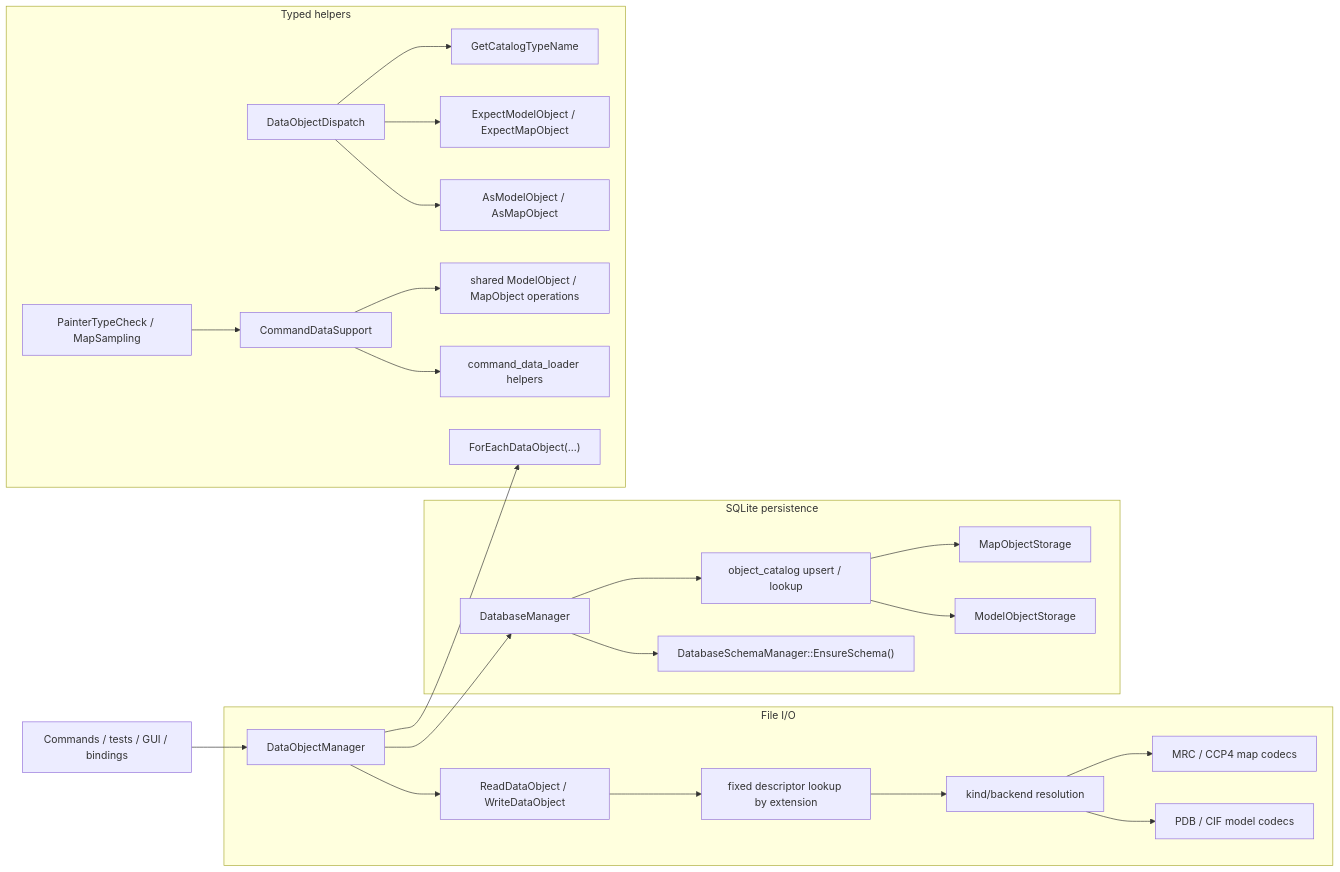
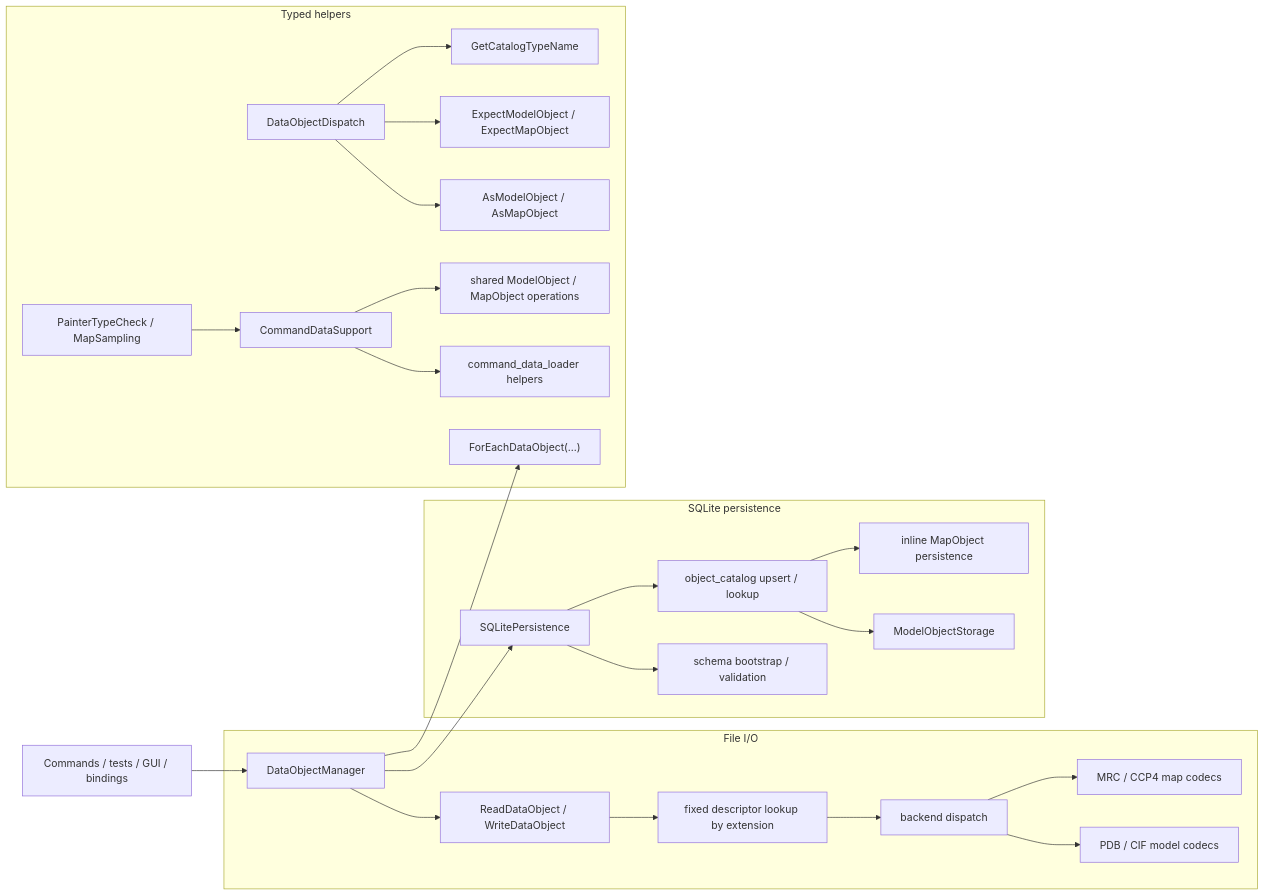
Before and after one commit to yslianTim/rhbm_gem: the diagram in docs/developer/architecture/dataobject-io-architecture.md, drawn with Mermaid. The commit also changed other lines of this file and 21 other files, not shown here.

````diff
--- a/docs/developer/architecture/dataobject-io-architecture.md
+++ b/docs/developer/architecture/dataobject-io-architecture.md
@@ -42,30 +42,30 @@
 ```mermaid
 flowchart LR
     A["Commands / tests / GUI / bindings"] --> B["DataObjectManager"]
 
     subgraph F["File I/O"]
       B --> C["ReadDataObject / WriteDataObject"]
       C --> D["fixed descriptor lookup by extension"]
-      D --> E["kind/backend resolution"]
+      D --> E["backend dispatch"]
       E --> F1["PDB / CIF model codecs"]
       E --> F2["MRC / CCP4 map codecs"]
     end
 
     subgraph P["SQLite persistence"]
-      B --> H["DatabaseManager"]
-      H --> I["DatabaseSchemaManager::EnsureSchema()"]
+      B --> H["SQLitePersistence"]
+      H --> I["schema bootstrap / validation"]
       H --> J["object_catalog upsert / lookup"]
       J --> K["ModelObjectStorage"]
-      J --> L["MapObjectStorage"]
+      J --> L["inline MapObject persistence"]
     end
 
     subgraph T["Typed helpers"]
       B --> M["ForEachDataObject(...)"]
       N["DataObjectDispatch"] --> N1["AsModelObject / AsMapObject"]
       N --> N2["ExpectModelObject / ExpectMapObject"]
       N --> N3["GetCatalogTypeName"]
       O["CommandDataSupport"] --> O1["command_data_loader helpers"]
       O --> O2["shared ModelObject / MapObject operations"]
       P2["PainterTypeCheck / MapSampling"] --> O
     end
 ```
````
